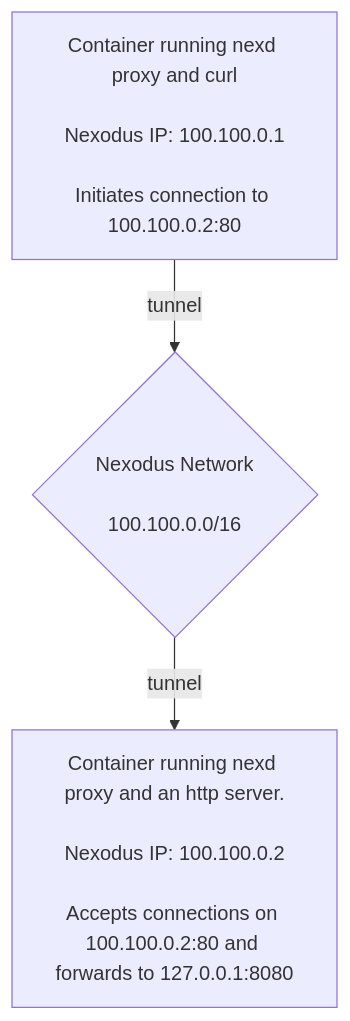
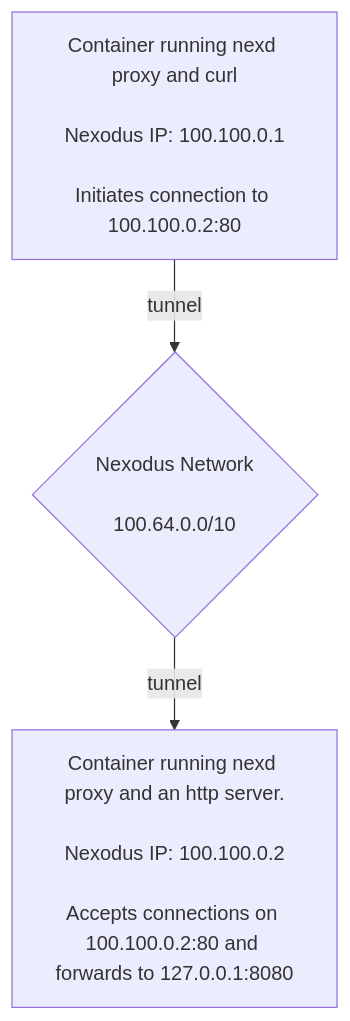
One commit to nexodus-io/nexodus changed the third of 3 diagrams in docs/user-guide/nexd-proxy.md. Above: the diagram before and after it, drawn with Mermaid. The commit also changed other lines of this file and 22 other files, not shown here.

````diff
--- a/docs/user-guide/nexd-proxy.md
+++ b/docs/user-guide/nexd-proxy.md
@@ -113,6 +113,6 @@
 ```mermaid
 flowchart TD
  linkStyle default interpolate basis
- device1[Container running nexd proxy and curl<br/><br/>Nexodus IP: 100.100.0.1<br/><br/>Initiates connection to 100.100.0.2:80]-->|tunnel|network{Nexodus Network<br/><br/>100.100.0.0/16}
+ device1[Container running nexd proxy and curl<br/><br/>Nexodus IP: 100.100.0.1<br/><br/>Initiates connection to 100.100.0.2:80]-->|tunnel|network{Nexodus Network<br/><br/>100.64.0.0/10}
  network-->|tunnel|container[Container running nexd proxy and an http server.<br/><br/>Nexodus IP: 100.100.0.2<br/><br/>Accepts connections on 100.100.0.2:80 and forwards to 127.0.0.1:8080]
 ```
````
